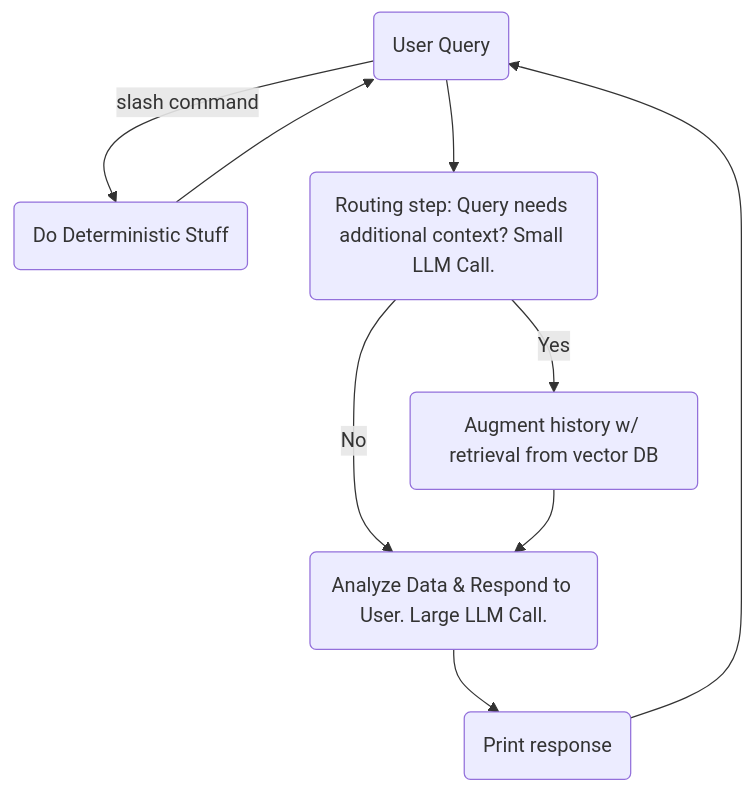
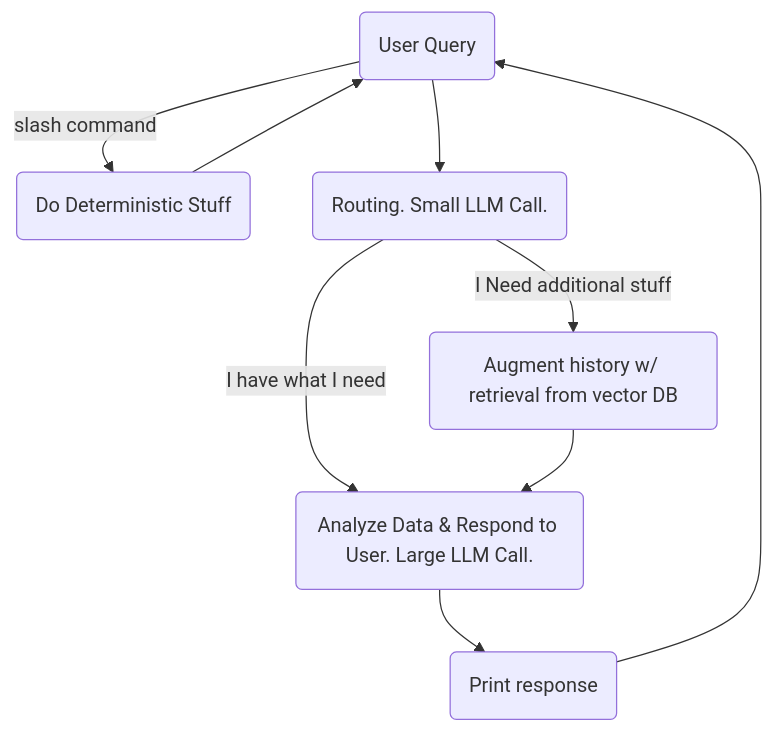
Before and after one commit to svalenziano/yara: the fifth of 9 diagrams in README.md, drawn with Mermaid. The commit also changed other lines of this file and 32 other files, not shown here.

````diff
--- a/README.md
+++ b/README.md
@@ -77,21 +108,21 @@
 ```mermaid
 flowchart
 
 a(User Query)
 b(Do Deterministic Stuff)
 a--"slash command"-->b
 b-->a
 
-c(Routing step: Query needs additional context? Small LLM Call.)
+c(Routing. Small LLM Call.)
 d(Augment history w/ retrieval from vector DB)
 a-->c
-c--"Yes"-->d
+c--"I Need additional stuff"-->d
 
 e(Analyze Data & Respond to User. Large LLM Call.)
-c--"No"-->e
+c--"I have what I need"-->e
 d-->e
 f(Print response)
 e-->f
 f-->a
 
 ```
````
